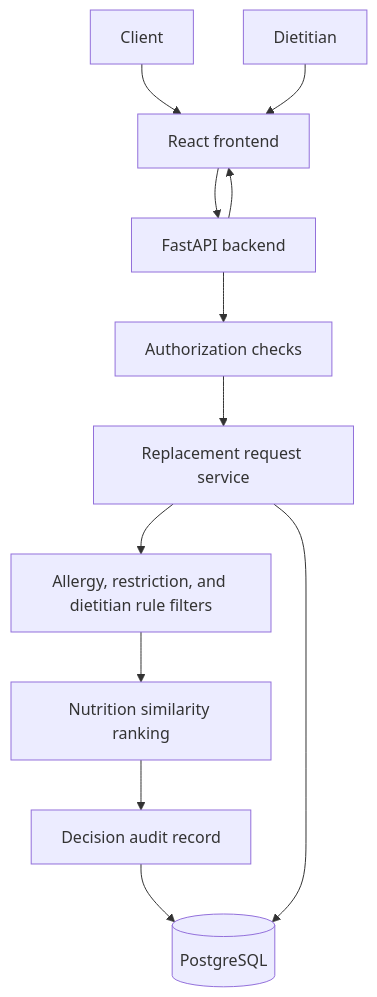
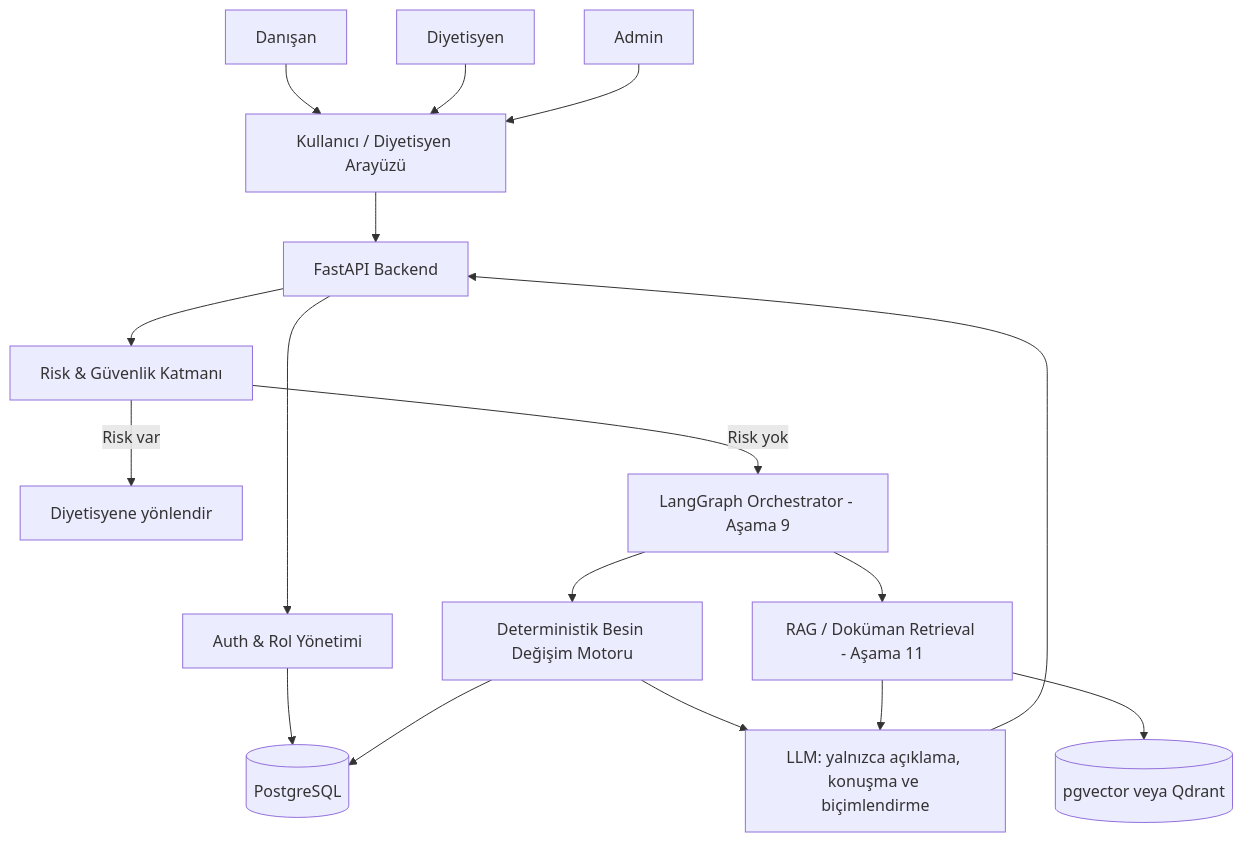
One commit to ozangurbuuz/Adaptive-nutrition-copilot changed the diagram in docs/architecture.md. Above: the diagram before and after it, drawn with Mermaid. The commit also changed other lines of this file and 30 other files, not shown here.

````diff
--- a/docs/architecture.md
+++ b/docs/architecture.md
@@ -41,14 +21,24 @@
 ```mermaid
 flowchart TD
-    ClientUser[Client] --> Frontend[React frontend]
-    DietitianUser[Dietitian] --> Frontend
-    Frontend --> API[FastAPI backend]
-    API --> Authz[Authorization checks]
-    Authz --> Domain[Replacement request service]
-    Domain --> Rules[Allergy, restriction, and dietitian rule filters]
-    Rules --> Ranking[Nutrition similarity ranking]
-    Ranking --> Audit[Decision audit record]
-    Audit --> DB[(PostgreSQL)]
-    Domain --> DB
-    API --> Frontend
+    ClientUser[Danışan] --> UI[Kullanıcı / Diyetisyen Arayüzü]
+    DietitianUser[Diyetisyen] --> UI
+    AdminUser[Admin] --> UI
+    UI --> API[FastAPI Backend]
+
+    API --> Risk[Risk & Güvenlik Katmanı]
+    API --> Auth[Auth & Rol Yönetimi]
+    Auth --> DB[(PostgreSQL)]
+
+    Risk -->|Risk var| Refer[Diyetisyene yönlendir]
+    Risk -->|Risk yok| Orchestrator[LangGraph Orchestrator - Aşama 9]
+
+    Orchestrator --> Engine[Deterministik Besin Değişim Motoru]
+    Engine --> DB
+
+    Orchestrator --> Retrieval[RAG / Doküman Retrieval - Aşama 11]
+    Retrieval --> Vector[(pgvector veya Qdrant)]
+
+    Engine --> LLM[LLM: yalnızca açıklama, konuşma ve biçimlendirme]
+    Retrieval --> LLM
+    LLM --> API
 ```
````
